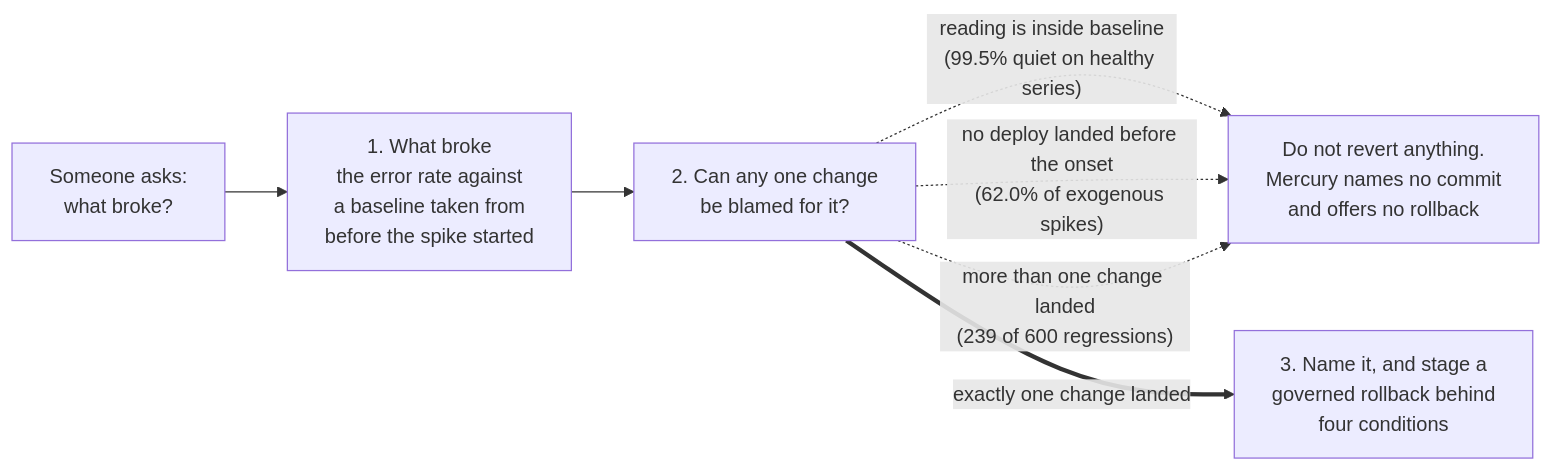
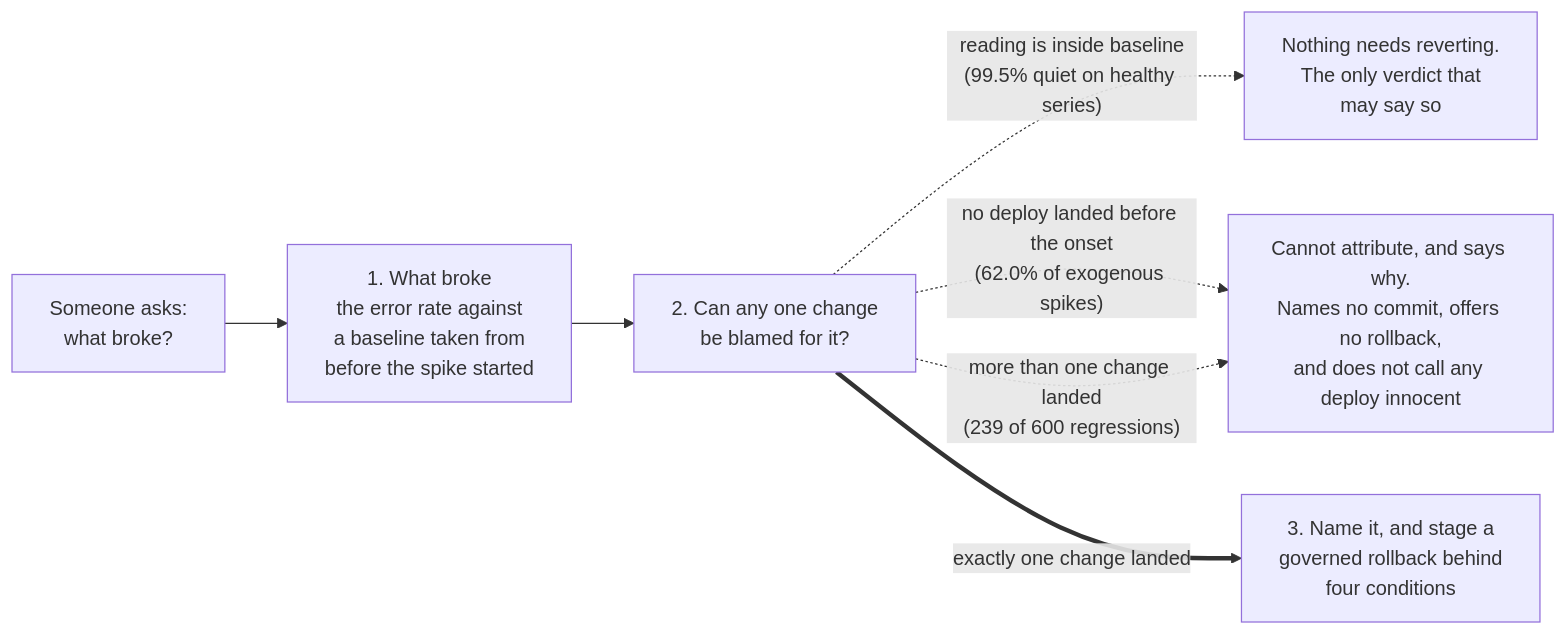
Before and after one commit to upgradedev/mercury_amazon: the first of 3 diagrams in README.md, drawn with Mermaid. The commit also changed other lines of this file and 6 other files, not shown here.

````diff
--- a/README.md
+++ b/README.md
@@ -5,10 +5,10 @@
 ```mermaid
 flowchart LR
     Q["Someone asks:<br/>what broke?"]
     Q --> M["1. What broke<br/>the error rate against<br/>a baseline taken from<br/>before the spike started"]
     M --> C["2. Can any one change<br/>be blamed for it?"]
-    C -.->|"reading is inside baseline<br/>(99.5% quiet on healthy series)"| N["Do not revert anything.<br/>Mercury names no commit<br/>and offers no rollback"]
-    C -.->|"no deploy landed before the onset<br/>(62.0% of exogenous spikes)"| N
+    C -.->|"reading is inside baseline<br/>(99.5% quiet on healthy series)"| S["Nothing needs reverting.<br/>The only verdict that<br/>may say so"]
+    C -.->|"no deploy landed before the onset<br/>(62.0% of exogenous spikes)"| N["Cannot attribute, and says why.<br/>Names no commit, offers no rollback,<br/>and does not call any deploy innocent"]
     C -.->|"more than one change landed<br/>(239 of 600 regressions)"| N
     C ==>|"exactly one change landed"| R["3. Name it, and stage a<br/>governed rollback behind<br/>four conditions"]
 ```
````
